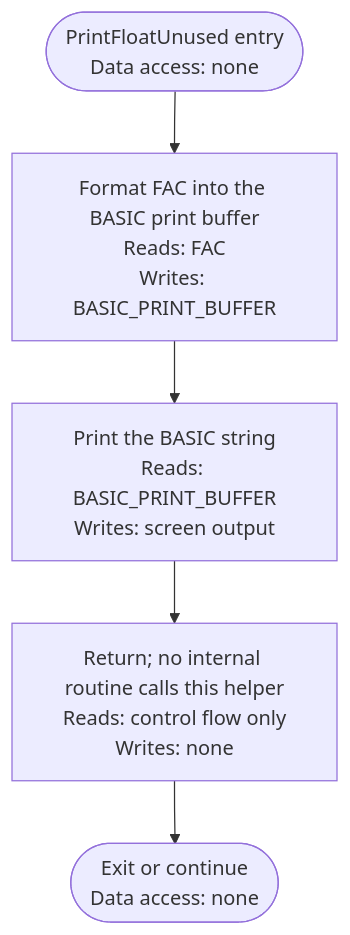
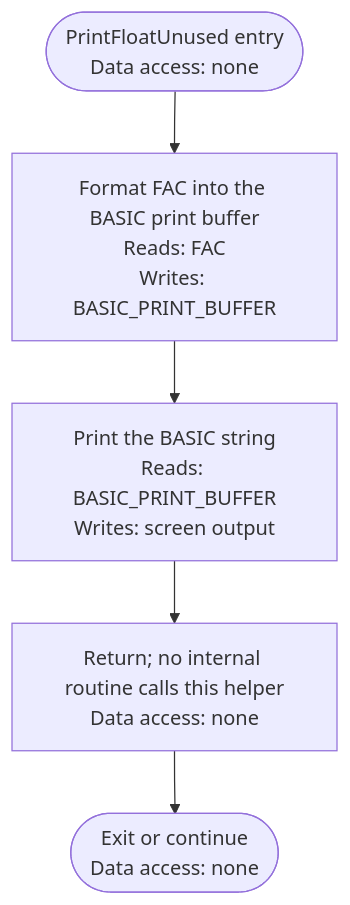
Before and after one commit to sharpninja/NeuralNetworks: diagram 24 of 44 in docs/Diagrams/CL-ML-Activity-Diagrams.md, drawn with Mermaid. The commit also changed other lines of this file and 10 other files, not shown here.

````diff
--- a/docs/Diagrams/CL-ML-Activity-Diagrams.md
+++ b/docs/Diagrams/CL-ML-Activity-Diagrams.md
@@ -553,7 +585,7 @@
 ```mermaid
 flowchart TD
     A(["PrintFloatUnused entry<br/>Data access: none"]) --> B["Format FAC into the BASIC print buffer<br/>Reads: FAC<br/>Writes: BASIC_PRINT_BUFFER"]
     B --> C["Print the BASIC string<br/>Reads: BASIC_PRINT_BUFFER<br/>Writes: screen output"]
-    C --> D["Return; no internal routine calls this helper<br/>Reads: control flow only<br/>Writes: none"]
+    C --> D["Return; no internal routine calls this helper<br/>Data access: none"]
     D --> Z(["Exit or continue<br/>Data access: none"])
 ```
````
